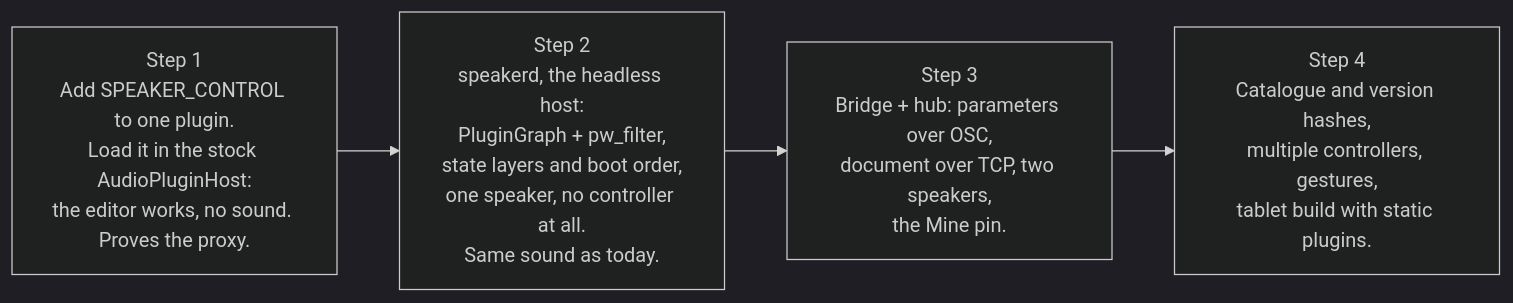
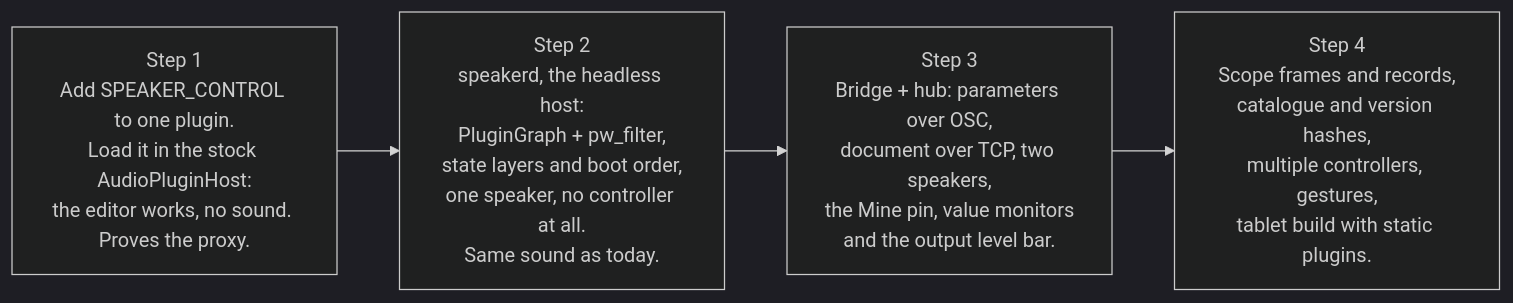
Diagram 12 of 12 in docs/remote-plugin-host.md (AMuszkat/bpi_amp_platform), drawn with Mermaid (dark theme) before and after one commit. The commit also changed other lines of this file and 1 other file, not shown here.

First line of the commit message:
Add monitoring from the speakers to the controller

````diff
--- a/docs/remote-plugin-host.md
+++ b/docs/remote-plugin-host.md
@@ -555,6 +726,6 @@
 ```mermaid
 flowchart LR
     s1["Step 1<br/>Add SPEAKER_CONTROL to one plugin.<br/>Load it in the stock AudioPluginHost:<br/>the editor works, no sound. Proves the proxy."] --> s2["Step 2<br/>speakerd, the headless host:<br/>PluginGraph + pw_filter,<br/>state layers and boot order,<br/>one speaker, no controller at all.<br/>Same sound as today."]
-    s2 --> s3["Step 3<br/>Bridge + hub: parameters over OSC,<br/>document over TCP, two speakers,<br/>the Mine pin."]
-    s3 --> s4["Step 4<br/>Catalogue and version hashes,<br/>multiple controllers, gestures,<br/>tablet build with static plugins."]
+    s2 --> s3["Step 3<br/>Bridge + hub: parameters over OSC,<br/>document over TCP, two speakers,<br/>the Mine pin, value monitors<br/>and the output level bar."]
+    s3 --> s4["Step 4<br/>Scope frames and records,<br/>catalogue and version hashes,<br/>multiple controllers, gestures,<br/>tablet build with static plugins."]
 ```
````
